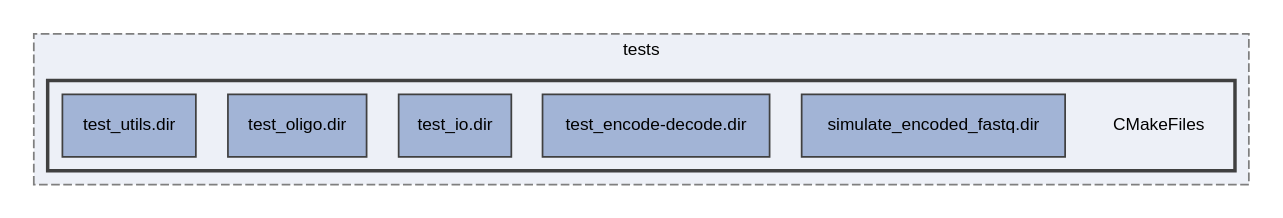
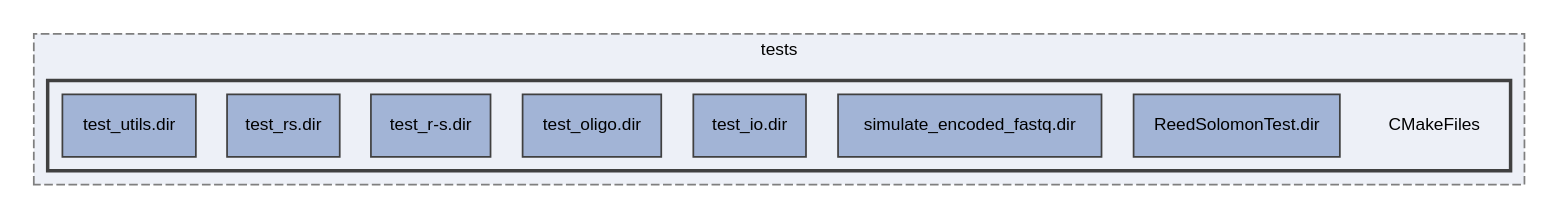
The diagram in docs/dir_b67b133a83ac3df5d719be61f4ee2417_dep.dot (rdnajac/DecodeNcodeAnything), drawn with Graphviz before and after one commit. The commit also changed 361 other files, not shown here.

```diff
--- a/docs/dir_b67b133a83ac3df5d719be61f4ee2417_dep.dot
+++ b/docs/dir_b67b133a83ac3df5d719be61f4ee2417_dep.dot
@@ -1,19 +1,21 @@
 digraph "build/tests/CMakeFiles"
 {
  // LATEX_PDF_SIZE
   edge [fontname="Helvetica",fontsize="10",labelfontname="Helvetica",labelfontsize="10"];
   node [fontname="Helvetica",fontsize="10",shape=record];
   compound=true
   subgraph clusterdir_a30fd5000947d323a9f363d528741348 {
     graph [ bgcolor="#edf0f7", pencolor="grey50", style="filled,dashed,", label="tests", fontname="Helvetica", fontsize="10", URL="dir_a30fd5000947d323a9f363d528741348.html"]
   subgraph clusterdir_b67b133a83ac3df5d719be61f4ee2417 {
     graph [ bgcolor="#edf0f7", pencolor="grey25", style="filled,bold,", label="", fontname="Helvetica", fontsize="10", URL="dir_b67b133a83ac3df5d719be61f4ee2417.html"]
     dir_b67b133a83ac3df5d719be61f4ee2417 [shape=plaintext, label="CMakeFiles"];
+  dir_98a9f743934428467eb37b623319c2fa [shape=box, label="ReedSolomonTest.dir", style="filled,", fillcolor="#a2b4d6", color="grey25", URL="dir_98a9f743934428467eb37b623319c2fa.html"];
   dir_f16944eb4e165c97a09ab60d314f0992 [shape=box, label="simulate_encoded_fastq.dir", style="filled,", fillcolor="#a2b4d6", color="grey25", URL="dir_f16944eb4e165c97a09ab60d314f0992.html"];
-  dir_ef9b85dd1a730da588a2d49d48c281f7 [shape=box, label="test_encode-decode.dir", style="filled,", fillcolor="#a2b4d6", color="grey25", URL="dir_ef9b85dd1a730da588a2d49d48c281f7.html"];
   dir_aca59775c5e10e1c21fbb76bcd0b4ee4 [shape=box, label="test_io.dir", style="filled,", fillcolor="#a2b4d6", color="grey25", URL="dir_aca59775c5e10e1c21fbb76bcd0b4ee4.html"];
   dir_24e7b5d66b3a237235bafae23f9dbf12 [shape=box, label="test_oligo.dir", style="filled,", fillcolor="#a2b4d6", color="grey25", URL="dir_24e7b5d66b3a237235bafae23f9dbf12.html"];
+  dir_50395de2faf903871a1e74d7d21ebabb [shape=box, label="test_r-s.dir", style="filled,", fillcolor="#a2b4d6", color="grey25", URL="dir_50395de2faf903871a1e74d7d21ebabb.html"];
+  dir_39f4f2ce29d04161f72575e99e00d03d [shape=box, label="test_rs.dir", style="filled,", fillcolor="#a2b4d6", color="grey25", URL="dir_39f4f2ce29d04161f72575e99e00d03d.html"];
   dir_5eb2a8634b813bb4faedb14a150425c8 [shape=box, label="test_utils.dir", style="filled,", fillcolor="#a2b4d6", color="grey25", URL="dir_5eb2a8634b813bb4faedb14a150425c8.html"];
   }
   }
 }
```
